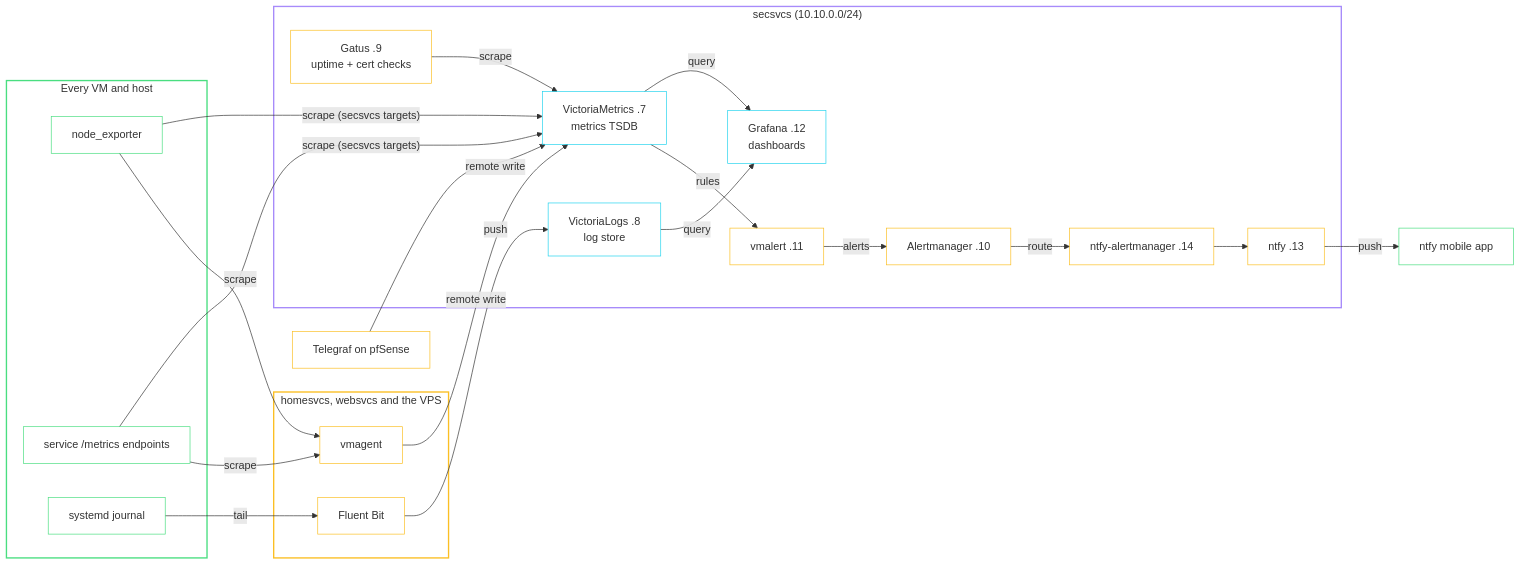
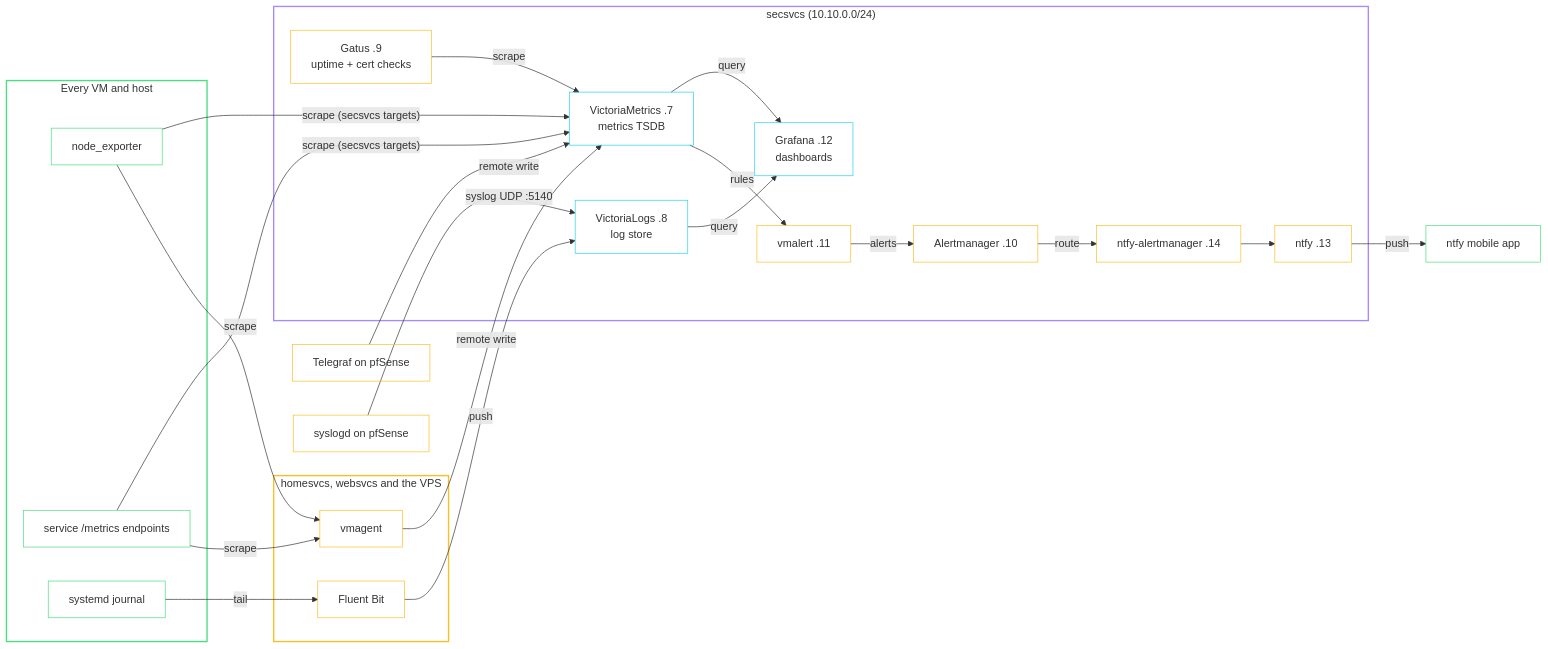
One commit to babraham123/homelab changed the diagram in docs/services.md. Above: the diagram before and after it, drawn with Mermaid. The commit also changed 11 other files, not shown here.

First line of the commit message:
victorialogs: accept pfSense syslog on UDP 5140

````diff
--- a/docs/services.md
+++ b/docs/services.md
@@ -147,54 +147,56 @@
 ```mermaid
 flowchart LR
     subgraph sources["Every VM and host"]
         ne["node_exporter"]
         sm["service /metrics endpoints"]
         jd["systemd journal"]
     end
 
     tg["Telegraf on pfSense"]
+    sl["syslogd on pfSense"]
 
     subgraph agents["homesvcs, websvcs and the VPS"]
         vmagent["vmagent"]
         fb["Fluent Bit"]
     end
 
     subgraph sec["secsvcs (10.10.0.0/24)"]
         vm["VictoriaMetrics .7<br/>metrics TSDB"]
         vl["VictoriaLogs .8<br/>log store"]
         va["vmalert .11"]
         am["Alertmanager .10"]
         nam["ntfy-alertmanager .14"]
         ntfy["ntfy .13"]
         graf["Grafana .12<br/>dashboards"]
         gatus["Gatus .9<br/>uptime + cert checks"]
     end
 
     phone["ntfy mobile app"]
 
     ne -- "scrape" --> vmagent
     sm -- "scrape" --> vmagent
     jd -- "tail" --> fb
     vmagent -- "remote write" --> vm
     ne & sm -- "scrape (secsvcs targets)" --> vm
     tg -- "remote write" --> vm
     fb -- "push" --> vl
+    sl -- "syslog UDP :5140" --> vl
     vm -- "rules" --> va
     va -- "alerts" --> am
     am -- "route" --> nam
     nam --> ntfy
     ntfy -- "push" --> phone
     vm -- "query" --> graf
     vl -- "query" --> graf
     gatus -- "scrape" --> vm
 
     style sources stroke:#4ade80,stroke-width:2px,fill:transparent
     style agents stroke:#fbbf24,stroke-width:2px,fill:transparent
     style sec stroke:#a78bfa,stroke-width:2px,fill:transparent
     classDef src stroke:#4ade80,fill:transparent
     classDef agent stroke:#fbbf24,fill:transparent
     classDef data stroke:#22d3ee,fill:transparent
     class ne,sm,jd,phone src
-    class tg,vmagent,fb,va,am,nam,ntfy,gatus agent
+    class tg,sl,vmagent,fb,va,am,nam,ntfy,gatus agent
     class vm,vl,graf data
 ```
````
